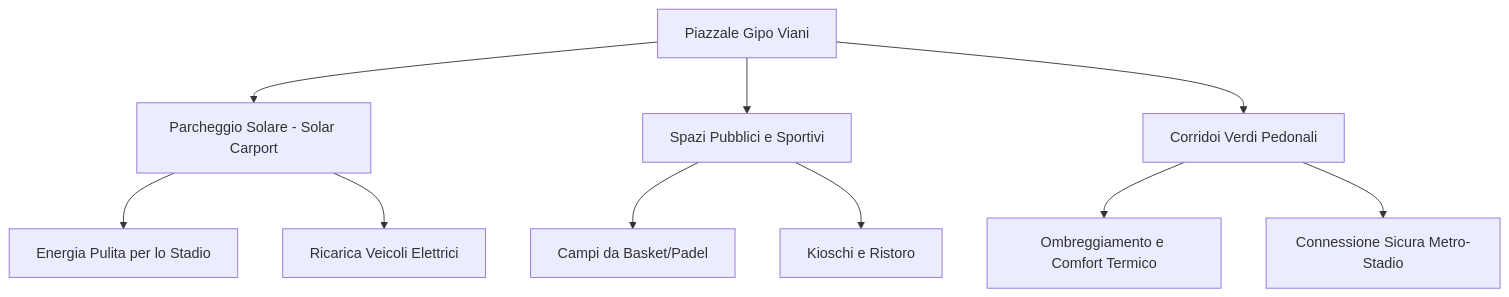
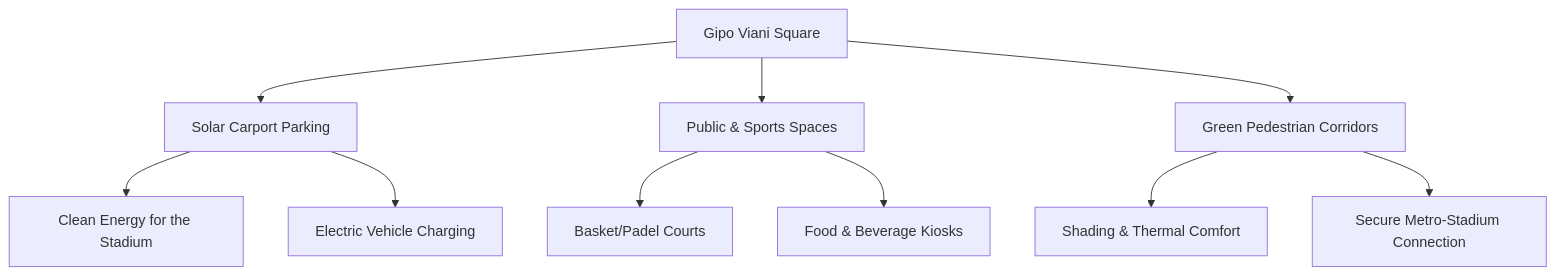
The diagram in docs/concept_design.md (msabetta/arechi-urban-study), drawn with Mermaid before and after one commit. The commit also changed other lines of this file and 51 other files, not shown here.

````diff
--- a/docs/concept_design.md
+++ b/docs/concept_design.md
@@ -10,15 +11,15 @@
 ```mermaid
 graph TD
-    A[Piazzale Gipo Viani] --> B[Parcheggio Solare - Solar Carport]
-    A --> C[Spazi Pubblici e Sportivi]
-    A --> D[Corridoi Verdi Pedonali]
+    A[Gipo Viani Square] --> B[Solar Carport Parking]
+    A --> C[Public & Sports Spaces]
+    A --> D[Green Pedestrian Corridors]
     
-    B --> B1[Energia Pulita per lo Stadio]
-    B --> B2[Ricarica Veicoli Elettrici]
+    B --> B1[Clean Energy for the Stadium]
+    B --> B2[Electric Vehicle Charging]
     
-    C --> C1[Campi da Basket/Padel]
-    C --> C2[Kioschi e Ristoro]
+    C --> C1[Basket/Padel Courts]
+    C --> C2[Food & Beverage Kiosks]
     
-    D --> D1[Ombreggiamento e Comfort Termico]
-    D --> D2[Connessione Sicura Metro-Stadio]
+    D --> D1[Shading & Thermal Comfort]
+    D --> D2[Secure Metro‑Stadium Connection]
 ```
````
